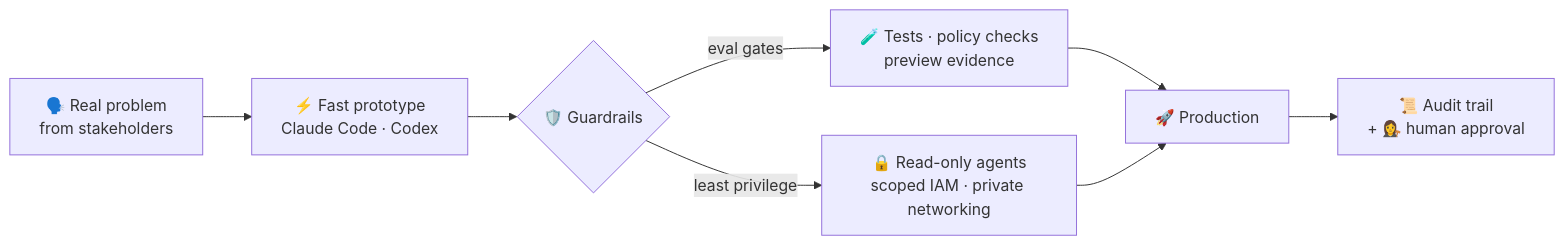
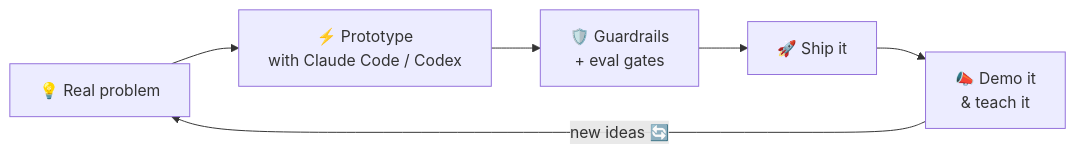
The diagram in README.md (rongjiwang/rongjiwang), drawn with Mermaid before and after one commit. The commit also changed other lines of this file and 3 other files, not shown here.

````diff
--- a/README.md
+++ b/README.md
@@ -31,10 +35,8 @@
 ```mermaid
 flowchart LR
-    A["🗣️ Real problem<br/>from stakeholders"] --> B["⚡ Fast prototype<br/>Claude Code · Codex"]
-    B --> C{"🛡️ Guardrails"}
-    C -->|eval gates| D["🧪 Tests · policy checks<br/>preview evidence"]
-    C -->|least privilege| E["🔒 Read-only agents<br/>scoped IAM · private networking"]
-    D --> F["🚀 Production"]
-    E --> F
-    F --> G["📜 Audit trail<br/>+ 👩‍⚖️ human approval"]
+    A["💡 Real problem"] --> B["⚡ Prototype<br/>with Claude Code / Codex"]
+    B --> C["🛡️ Guardrails<br/>+ eval gates"]
+    C --> D["🚀 Ship it"]
+    D --> E["📣 Demo it<br/>& teach it"]
+    E -->|"new ideas 🔄"| A
 ```
````
